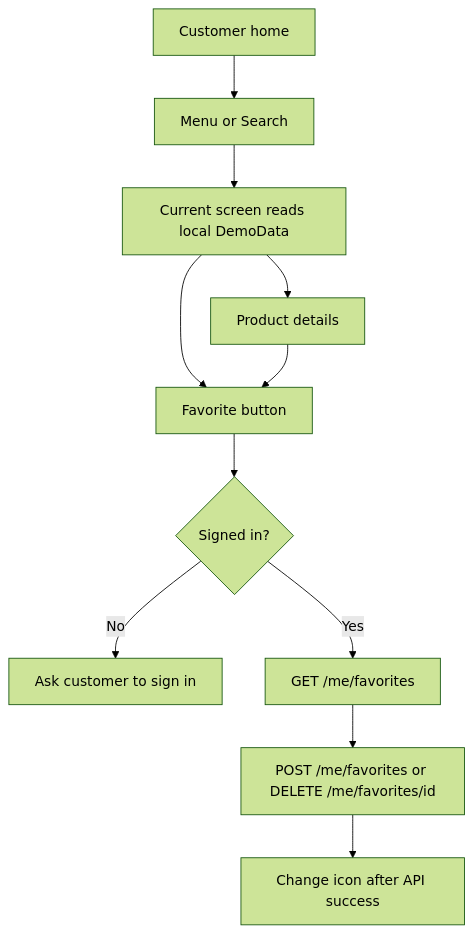
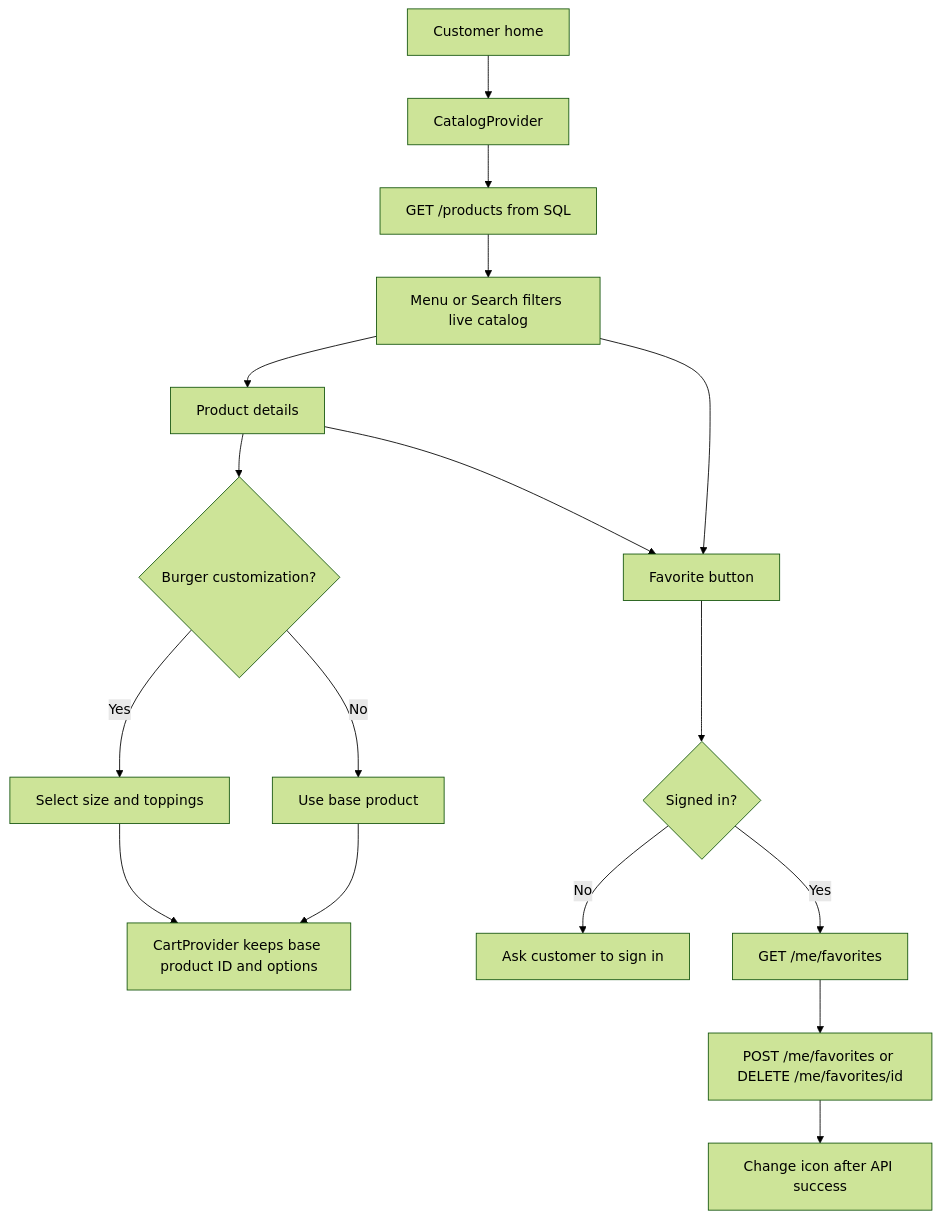
One commit to EARL146/app- changed the second of 5 diagrams in docs/SYSTEM_FLOW.md. Above: the diagram before and after it, drawn with Mermaid (forest theme). The commit also changed other lines of this file and 79 other files, not shown here.

````diff
--- a/docs/SYSTEM_FLOW.md
+++ b/docs/SYSTEM_FLOW.md
@@ -37,13 +37,19 @@
 ```mermaid
 flowchart TD
-    A[Customer home] --> B[Menu or Search]
-    B --> C[Current screen reads local DemoData]
-    C --> D[Product details]
-    C --> E[Favorite button]
-    D --> E
-    E --> F{Signed in?}
-    F -->|No| G[Ask customer to sign in]
-    F -->|Yes| H[GET /me/favorites]
-    H --> I[POST /me/favorites or DELETE /me/favorites/id]
-    I --> J[Change icon after API success]
+    A[Customer home] --> B[CatalogProvider]
+    B --> C[GET /products from SQL]
+    C --> D[Menu or Search filters live catalog]
+    D --> E[Product details]
+    E --> F{Burger customization?}
+    F -->|Yes| G[Select size and toppings]
+    F -->|No| H[Use base product]
+    G --> I[CartProvider keeps base product ID and options]
+    H --> I
+    D --> J[Favorite button]
+    E --> J
+    J --> K{Signed in?}
+    K -->|No| L[Ask customer to sign in]
+    K -->|Yes| M[GET /me/favorites]
+    M --> N[POST /me/favorites or DELETE /me/favorites/id]
+    N --> O[Change icon after API success]
 ```
````
